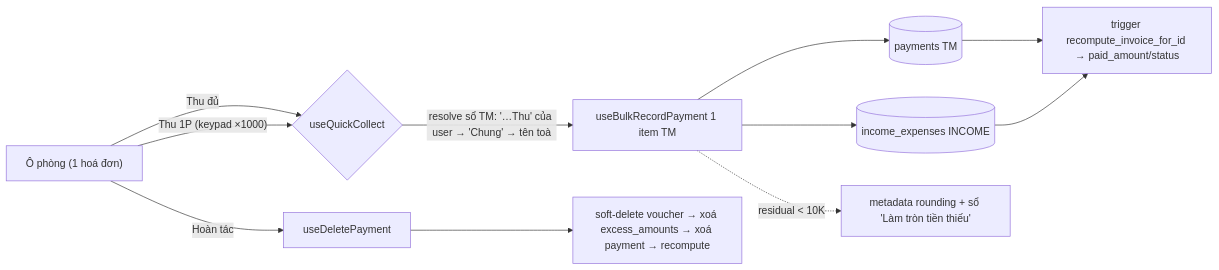
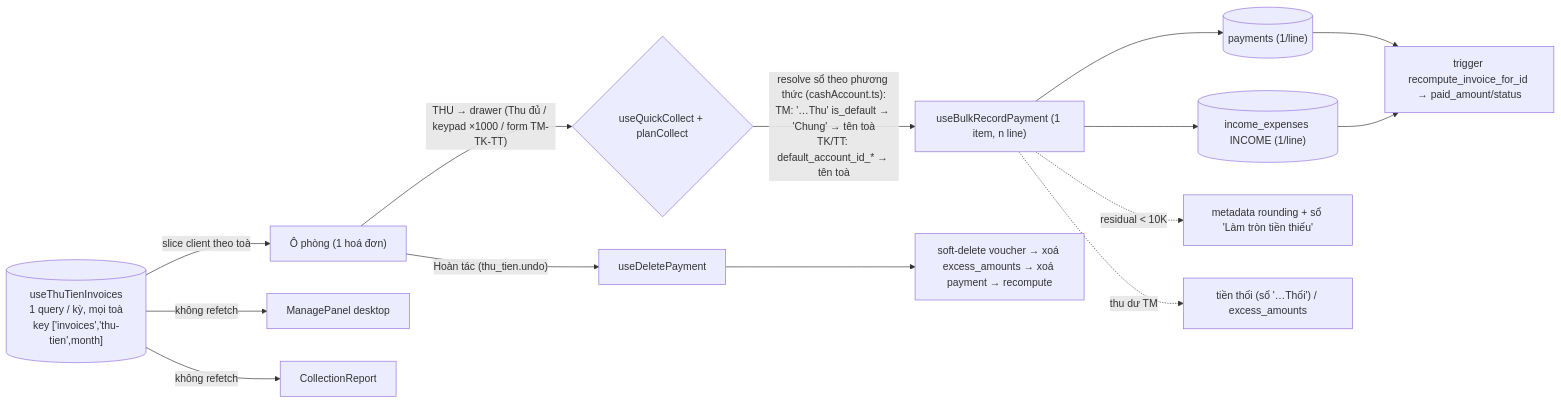
Before and after one commit to zxGreenxz/whiteboard-ihomecrm: the fourth of 4 diagrams in docs/he-thong/15-kenh-cong-khai-sale-thu-tien.md, drawn with Mermaid. The commit also changed other lines of this file and 20 other files, not shown here.

````diff
--- a/docs/he-thong/15-kenh-cong-khai-sale-thu-tien.md
+++ b/docs/he-thong/15-kenh-cong-khai-sale-thu-tien.md
@@ -312,12 +416,15 @@
 ```mermaid
 flowchart LR
-    A["Ô phòng (1 hoá đơn)"] -->|Thu đủ| C{useQuickCollect}
-    A -->|"Thu 1P (keypad ×1000)"| C
-    C -->|"resolve sổ TM: '…Thu' của user → 'Chung' → tên toà"| D[useBulkRecordPayment 1 item TM]
-    D --> E[(payments TM)]
-    D --> F[(income_expenses INCOME)]
+    Q[("useThuTienInvoices\n1 query / kỳ, mọi toà\nkey ['invoices','thu-tien',month]")] -->|slice client theo toà| A["Ô phòng (1 hoá đơn)"]
+    Q -->|không refetch| MP[ManagePanel desktop]
+    Q -->|không refetch| CR[CollectionReport]
+    A -->|"THU → drawer (Thu đủ / keypad ×1000 / form TM-TK-TT)"| C{useQuickCollect + planCollect}
+    C -->|"resolve sổ theo phương thức (cashAccount.ts):\nTM: '…Thu' is_default → 'Chung' → tên toà\nTK/TT: default_account_id_* → tên toà"| D["useBulkRecordPayment (1 item, n line)"]
+    D --> E[("payments (1/line)")]
+    D --> F[("income_expenses INCOME (1/line)")]
     D -.->|"residual < 10K"| G["metadata rounding + sổ 'Làm tròn tiền thiếu'"]
+    D -.->|"thu dư TM"| K["tiền thối (sổ '…Thối') / excess_amounts"]
     E & F --> H["trigger recompute_invoice_for_id → paid_amount/status"]
-    A -->|Hoàn tác| I[useDeletePayment]
+    A -->|"Hoàn tác (thu_tien.undo)"| I[useDeletePayment]
     I --> J["soft-delete voucher → xoá excess_amounts → xoá payment → recompute"]
 ```
````
